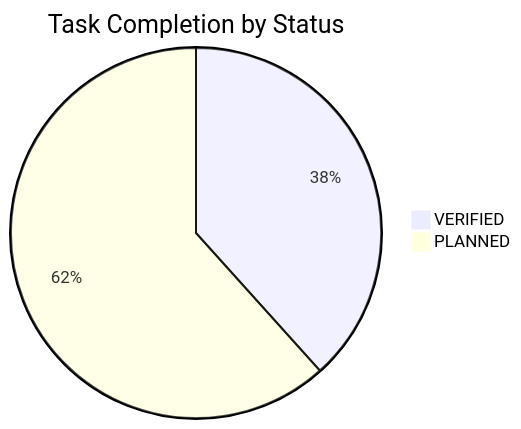
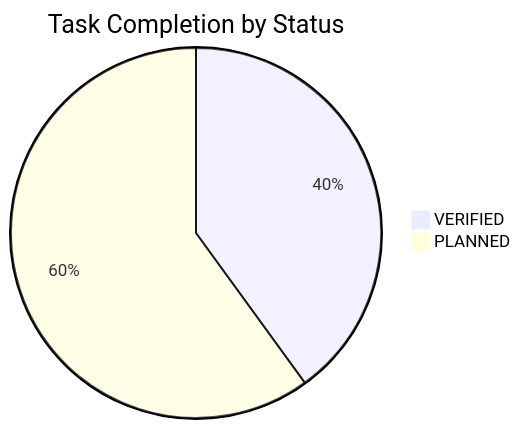
The diagram in docs/TASK_BOARD.md (NguyenTriBaoThang/ClearWayAI), drawn with Mermaid before and after one commit. The commit also changed other lines of this file and 13 other files, not shown here.

````diff
--- a/docs/TASK_BOARD.md
+++ b/docs/TASK_BOARD.md
@@ -16,5 +16,5 @@
 ```mermaid
 pie title Task Completion by Status
-    "VERIFIED" : 23
-    "PLANNED" : 37
+    "VERIFIED" : 24
+    "PLANNED" : 36
 ```
````
